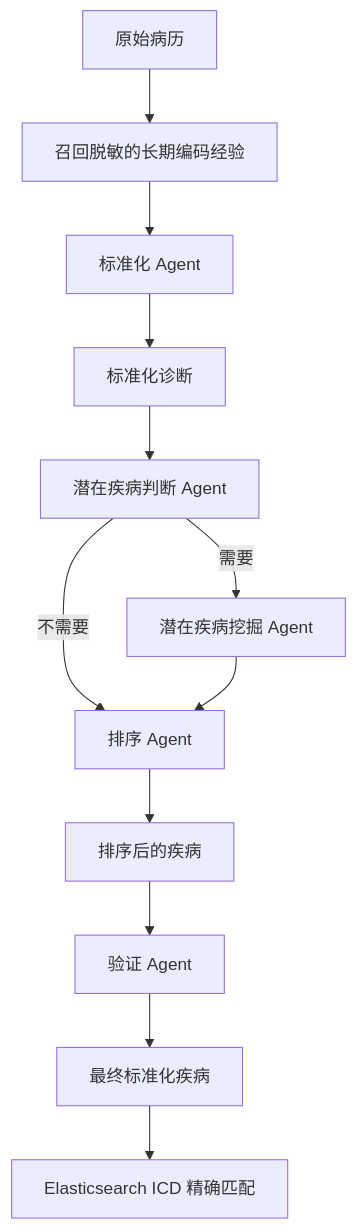
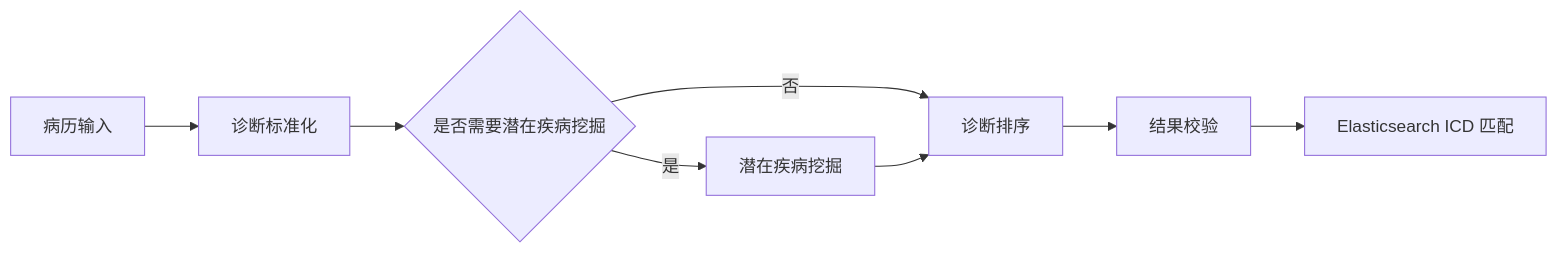
The diagram in README.md (geekhall-lichuanlong/ICD1), drawn with Mermaid before and after one commit. The commit also changed other lines of this file, not shown here.

````diff
--- a/README.md
+++ b/README.md
@@ -7,14 +20,10 @@
 ```mermaid
-flowchart TD
-    A[原始病历] --> M[召回脱敏的长期编码经验]
-    M --> B[标准化 Agent]
-    B --> C[标准化诊断]
-    C --> D[潜在疾病判断 Agent]
-    D -->|需要| E[潜在疾病挖掘 Agent]
-    D -->|不需要| F[排序 Agent]
-    E --> F
-    F --> G[排序后的疾病]
-    G --> H[验证 Agent]
-    H --> I[最终标准化疾病]
-    I --> J[Elasticsearch ICD 精确匹配]
+flowchart LR
+    A[病历输入] --> B[诊断标准化]
+    B --> C{是否需要潜在疾病挖掘}
+    C -->|是| D[潜在疾病挖掘]
+    C -->|否| E[诊断排序]
+    D --> E
+    E --> F[结果校验]
+    F --> G[Elasticsearch ICD 匹配]
 ```
````
